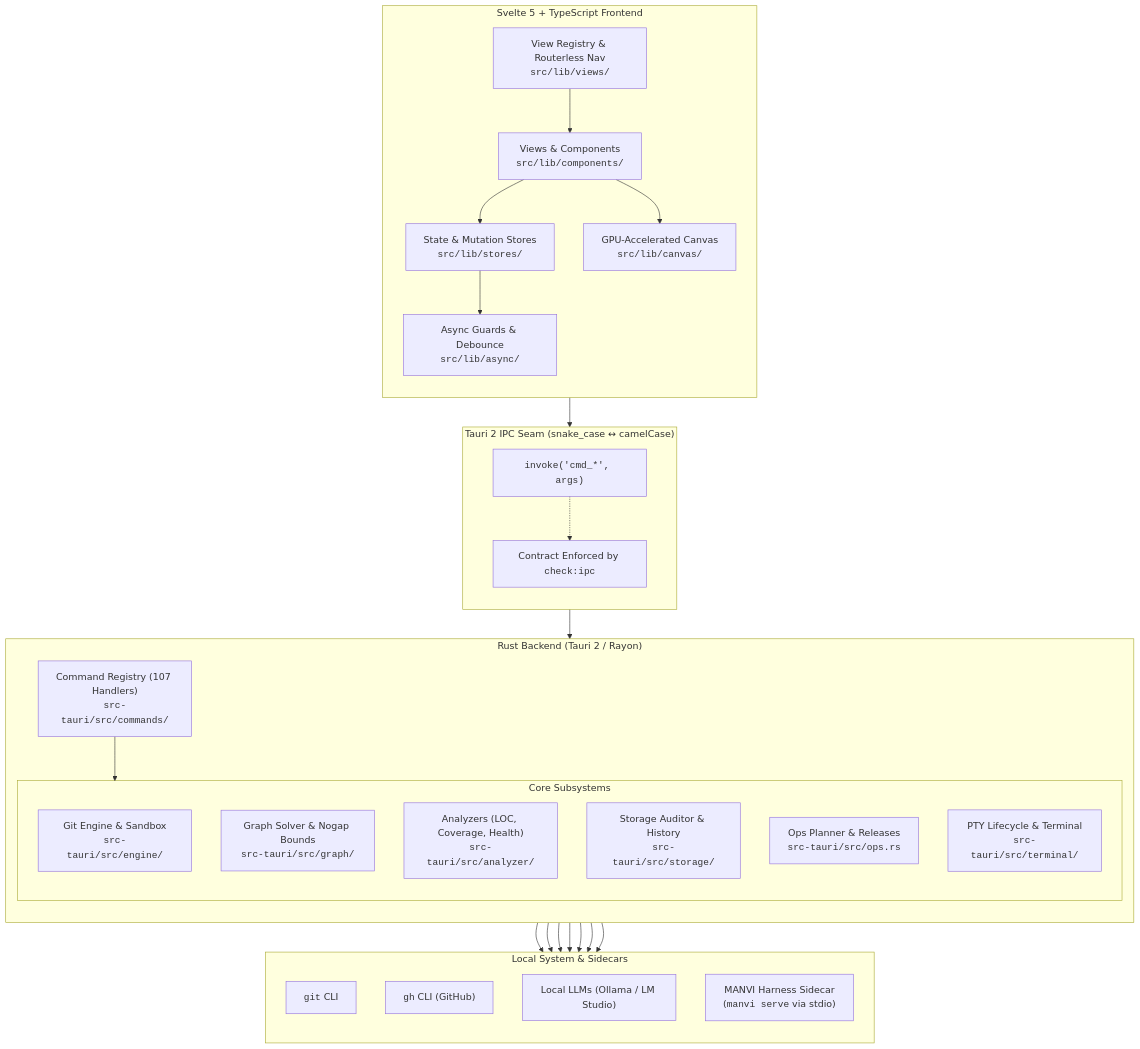
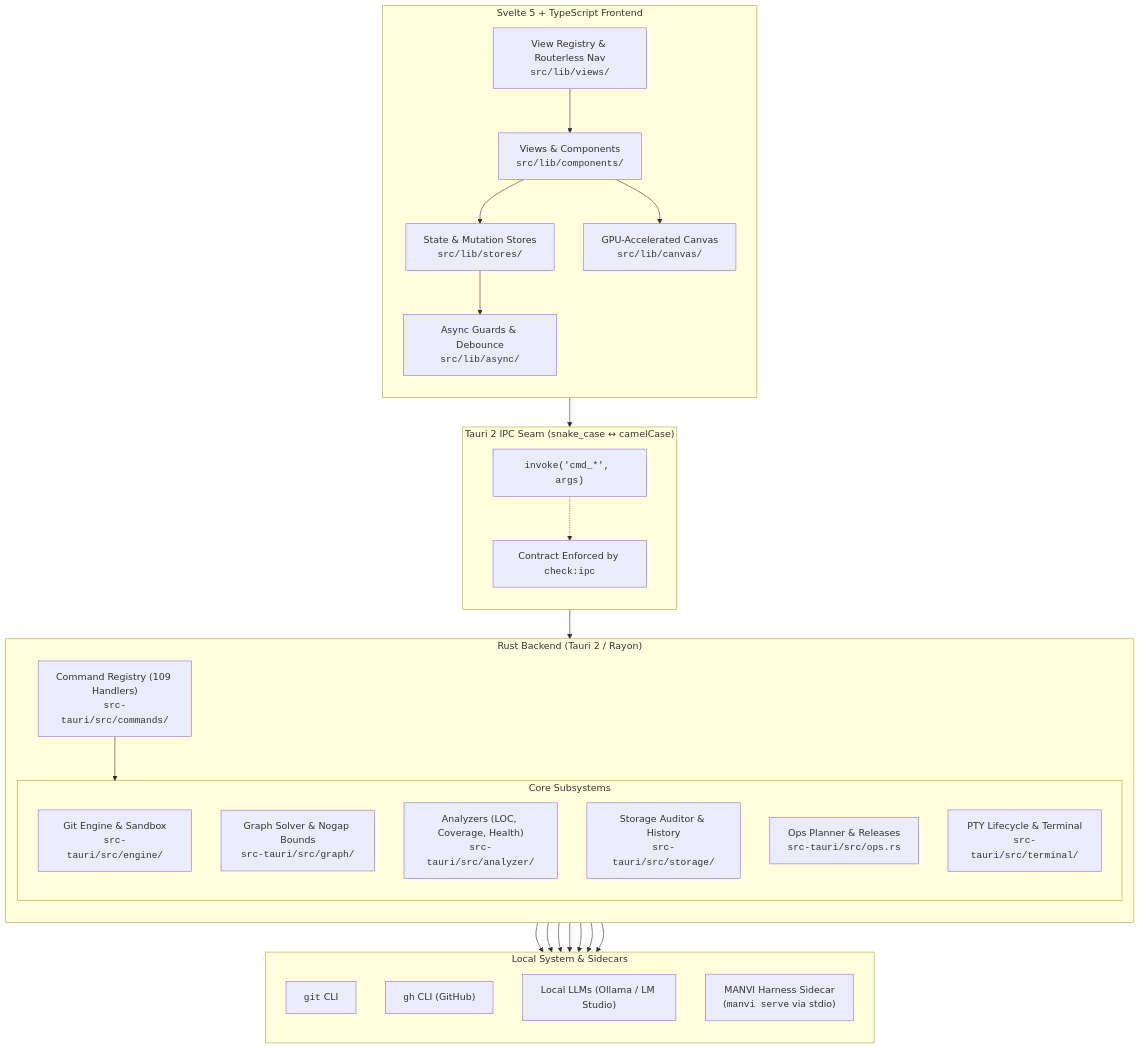
One commit to bharathvbcr/GitPulse changed the first of 4 diagrams in docs/ARCHITECTURE.md. Above: the diagram before and after it, drawn with Mermaid. The commit also changed other lines of this file and 19 other files, not shown here.

````diff
--- a/docs/ARCHITECTURE.md
+++ b/docs/ARCHITECTURE.md
@@ -5,57 +5,57 @@
 ```mermaid
 flowchart TB
     subgraph Frontend["Svelte 5 + TypeScript Frontend"]
         direction TB
         UI["Views & Components<br/><code>src/lib/components/</code>"]
         Stores["State & Mutation Stores<br/><code>src/lib/stores/</code>"]
         Registry["View Registry & Routerless Nav<br/><code>src/lib/views/</code>"]
         Canvas["GPU-Accelerated Canvas<br/><code>src/lib/canvas/</code>"]
         Async["Async Guards & Debounce<br/><code>src/lib/async/</code>"]
         
         UI --> Stores
         UI --> Canvas
         Stores --> Async
         Registry --> UI
     end
 
     subgraph IPC["Tauri 2 IPC Seam (snake_case ↔ camelCase)"]
         direction TB
         Invoke["<code>invoke('cmd_*', args)</code>"]
         ContractCheck["Contract Enforced by <code>check:ipc</code>"]
         Invoke -.-> ContractCheck
     end
 
     subgraph Backend["Rust Backend (Tauri 2 / Rayon)"]
         direction TB
-        CmdRegistry["Command Registry (107 Handlers)<br/><code>src-tauri/src/commands/</code>"]
+        CmdRegistry["Command Registry (109 Handlers)<br/><code>src-tauri/src/commands/</code>"]
         
         subgraph Subsystems["Core Subsystems"]
             GitEngine["Git Engine & Sandbox<br/><code>src-tauri/src/engine/</code>"]
             GraphSolver["Graph Solver & Nogap Bounds<br/><code>src-tauri/src/graph/</code>"]
             Analyzers["Analyzers (LOC, Coverage, Health)<br/><code>src-tauri/src/analyzer/</code>"]
             StorageAuditor["Storage Auditor & History<br/><code>src-tauri/src/storage/</code>"]
             OpsPlanner["Ops Planner & Releases<br/><code>src-tauri/src/ops.rs</code>"]
             PtyTerminal["PTY Lifecycle & Terminal<br/><code>src-tauri/src/terminal/</code>"]
         end
         
         CmdRegistry --> Subsystems
     end
 
     subgraph External["Local System & Sidecars"]
         direction TB
         LocalGit["<code>git</code> CLI"]
         LocalGh["<code>gh</code> CLI (GitHub)"]
         LocalLLM["Local LLMs (Ollama / LM Studio)"]
         ManviSidecar["MANVI Harness Sidecar<br/>(<code>manvi serve</code> via stdio)"]
     end
 
     Async --> Invoke
     Invoke --> CmdRegistry
     GitEngine --> LocalGit
     Analyzers --> LocalGit
     Analyzers --> LocalGh
     Analyzers --> LocalLLM
     OpsPlanner --> LocalGh
     OpsPlanner --> ManviSidecar
     Subsystems --> ManviSidecar
 ```
````
